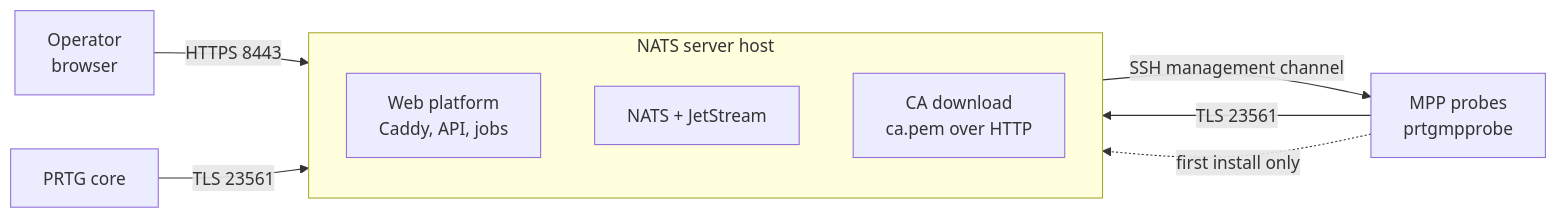
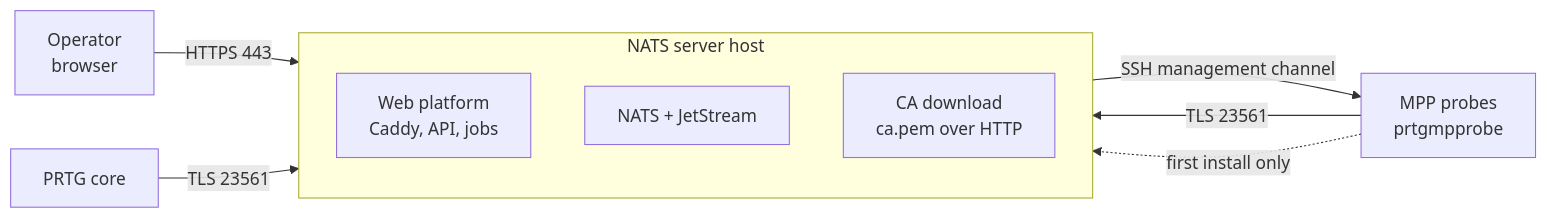
Before and after one commit to skiweg1985/prtg-nats: the diagram in README.md, drawn with Mermaid. The commit also changed other lines of this file and 12 other files, not shown here.

````diff
--- a/README.md
+++ b/README.md
@@ -27,14 +27,14 @@
 ```mermaid
 flowchart LR
     subgraph Host["NATS server host"]
         direction TB
         Web["Web platform<br>Caddy, API, jobs"]
         NATS["NATS + JetStream"]
         CA["CA download<br>ca.pem over HTTP"]
     end
-    Browser["Operator<br>browser"] -->|"HTTPS 8443"| Web
+    Browser["Operator<br>browser"] -->|"HTTPS 443"| Web
     Core["PRTG core"] -->|"TLS 23561"| NATS
     MPP["MPP probes<br>prtgmpprobe"] -->|"TLS 23561"| NATS
     MPP -.->|"first install only"| CA
     Web -->|"SSH management channel"| MPP
 ```
````
